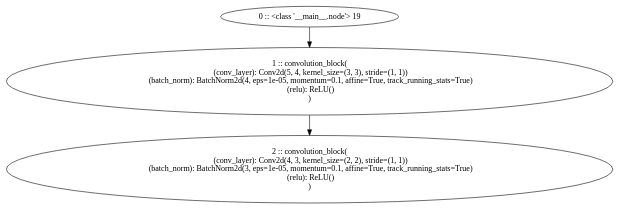
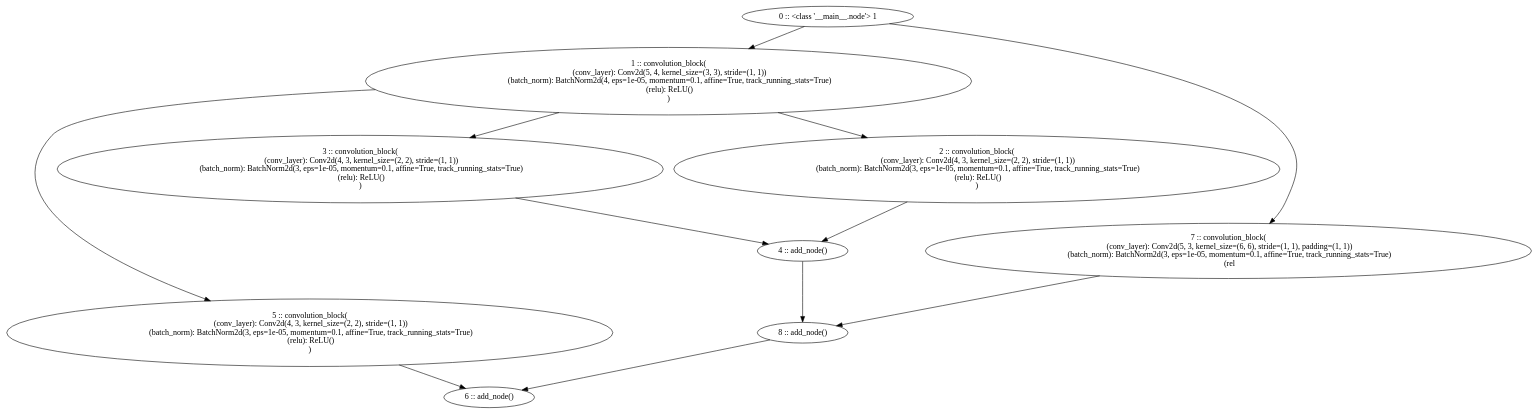
Before and after one commit to pradyumn014/NeuralArchitectureSearch: the diagram in arch.gv, drawn with Graphviz. The commit also changed 2 other files, not shown here.

```diff
--- a/arch.gv
+++ b/arch.gv
@@ -1,16 +1,42 @@
 // arch.gv
 digraph arch {
-	0 [label="0 :: <class '__main__.node'> 19"]
+	0 [label="0 :: <class '__main__.node'> 1"]
 	1 [label="1 :: convolution_block(
   (conv_layer): Conv2d(5, 4, kernel_size=(3, 3), stride=(1, 1))
   (batch_norm): BatchNorm2d(4, eps=1e-05, momentum=0.1, affine=True, track_running_stats=True)
   (relu): ReLU()
 )"]
 	2 [label="2 :: convolution_block(
   (conv_layer): Conv2d(4, 3, kernel_size=(2, 2), stride=(1, 1))
   (batch_norm): BatchNorm2d(3, eps=1e-05, momentum=0.1, affine=True, track_running_stats=True)
   (relu): ReLU()
 )"]
+	3 [label="3 :: convolution_block(
+  (conv_layer): Conv2d(4, 3, kernel_size=(2, 2), stride=(1, 1))
+  (batch_norm): BatchNorm2d(3, eps=1e-05, momentum=0.1, affine=True, track_running_stats=True)
+  (relu): ReLU()
+)"]
+	4 [label="4 :: add_node()"]
+	5 [label="5 :: convolution_block(
+  (conv_layer): Conv2d(4, 3, kernel_size=(2, 2), stride=(1, 1))
+  (batch_norm): BatchNorm2d(3, eps=1e-05, momentum=0.1, affine=True, track_running_stats=True)
+  (relu): ReLU()
+)"]
+	6 [label="6 :: add_node()"]
+	7 [label="7 :: convolution_block(
+  (conv_layer): Conv2d(5, 3, kernel_size=(6, 6), stride=(1, 1), padding=(1, 1))
+  (batch_norm): BatchNorm2d(3, eps=1e-05, momentum=0.1, affine=True, track_running_stats=True)
+  (rel"]
+	8 [label="8 :: add_node()"]
 	0 -> 1
+	0 -> 7
 	1 -> 2
+	1 -> 3
+	1 -> 5
+	2 -> 4
+	3 -> 4
+	4 -> 8
+	5 -> 6
+	7 -> 8
+	8 -> 6
 }
```
